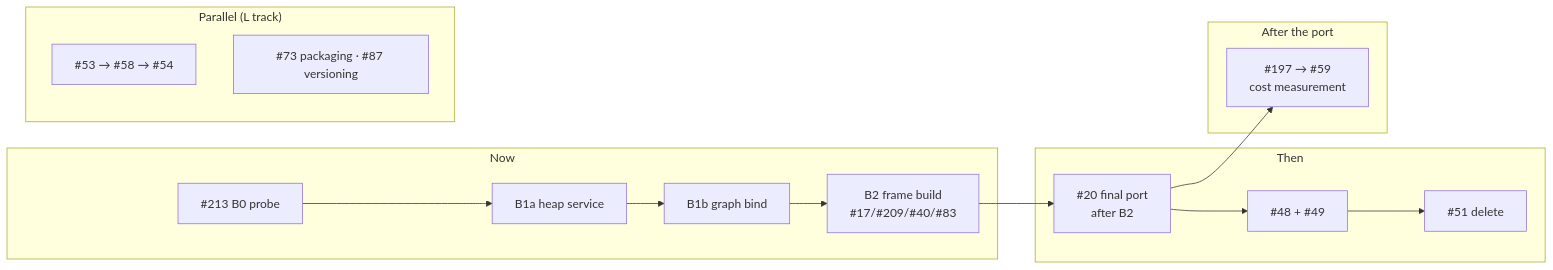
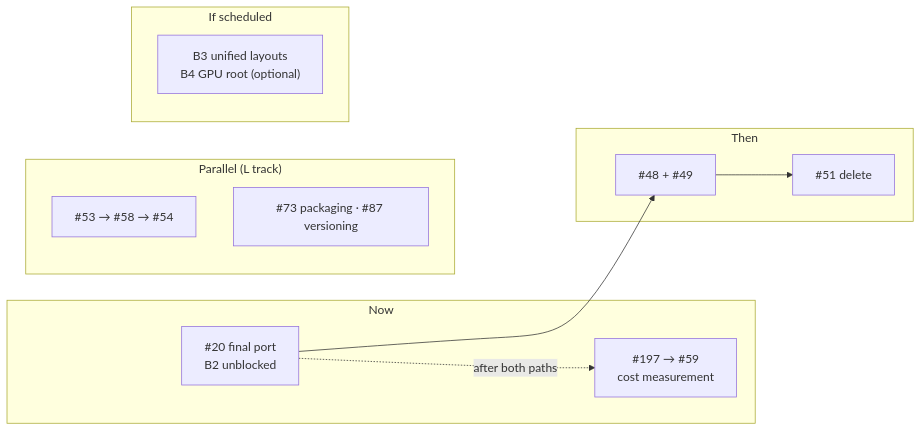
The third of 4 diagrams in docs/Roadmap-Visual.md (v3c70r/Muyo), drawn with Mermaid before and after one commit. The commit also changed other lines of this file and 3 other files, not shown here.

First line of the commit message:
docs: reconcile the roadmaps and board after B2 (#255)

````diff
--- a/docs/Roadmap-Visual.md
+++ b/docs/Roadmap-Visual.md
@@ -95,25 +100,20 @@
 ```mermaid
 flowchart LR
     subgraph now["Now"]
-        B213["#213 B0 probe"]
-        B1A["B1a heap service"]
-        B1B["B1b graph bind"]
-        B2["B2 frame build<br/>#17/#209/#40/#83"]
-        B213 --> B1A --> B1B --> B2
+        N20["#20 final port<br/>B2 unblocked"]
+        N59["#197 → #59<br/>cost measurement"]
+        N20 -. after both paths .-> N59
     end
-    subgraph next["Then"]
-        N20["#20 final port<br/>after B2"]
+    subgraph then["Then"]
         N48["#48 + #49"]
         N51["#51 delete"]
         N20 --> N48 --> N51
-    end
-    subgraph later["After the port"]
-        N59["#197 → #59<br/>cost measurement"]
     end
     subgraph parallel["Parallel (L track)"]
         L53["#53 → #58 → #54"]
         L73["#73 packaging · #87 versioning"]
     end
-    B2 --> N20
-    N20 --> N59
+    subgraph future["If scheduled"]
+        B34["B3 unified layouts<br/>B4 GPU root (optional)"]
+    end
 ```
````
